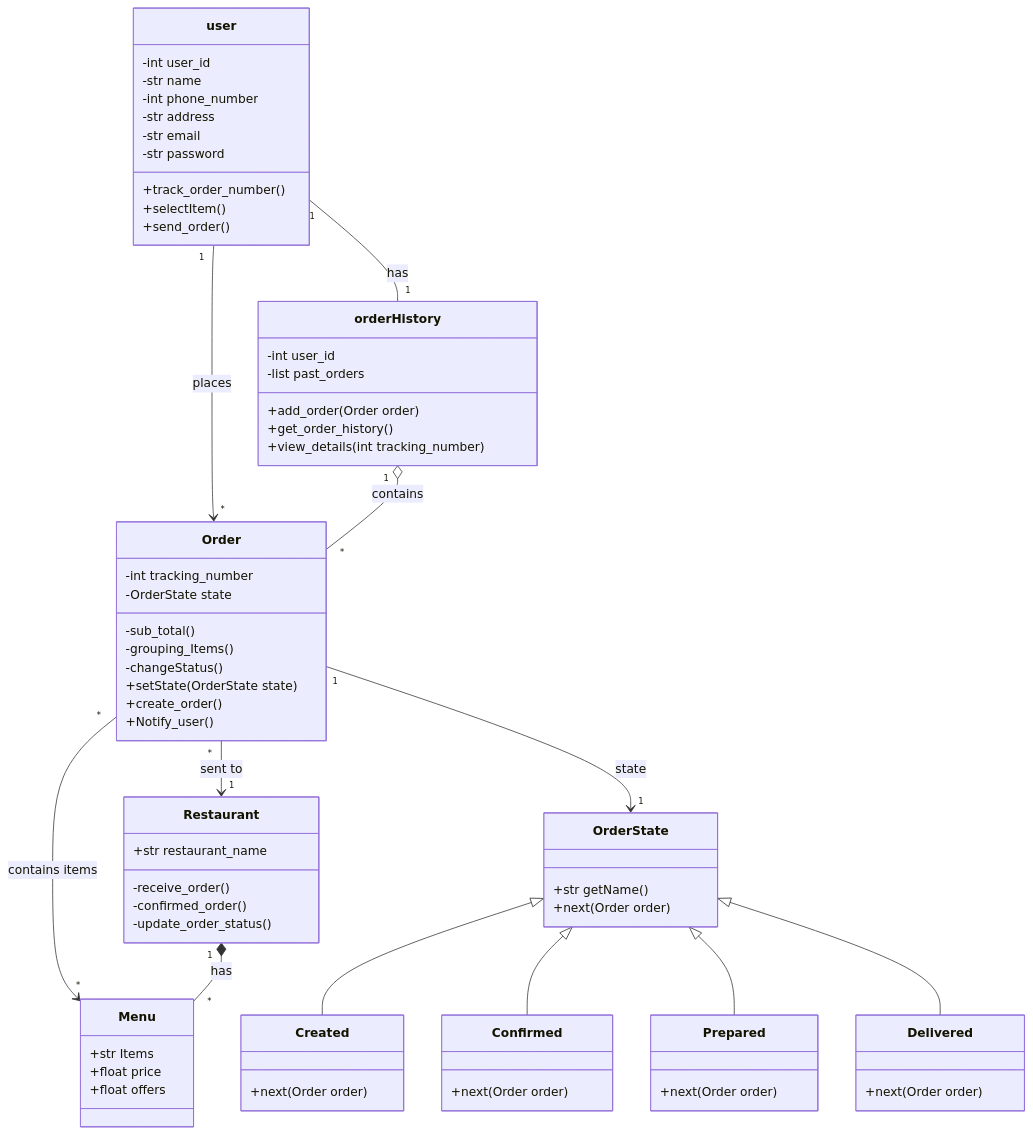
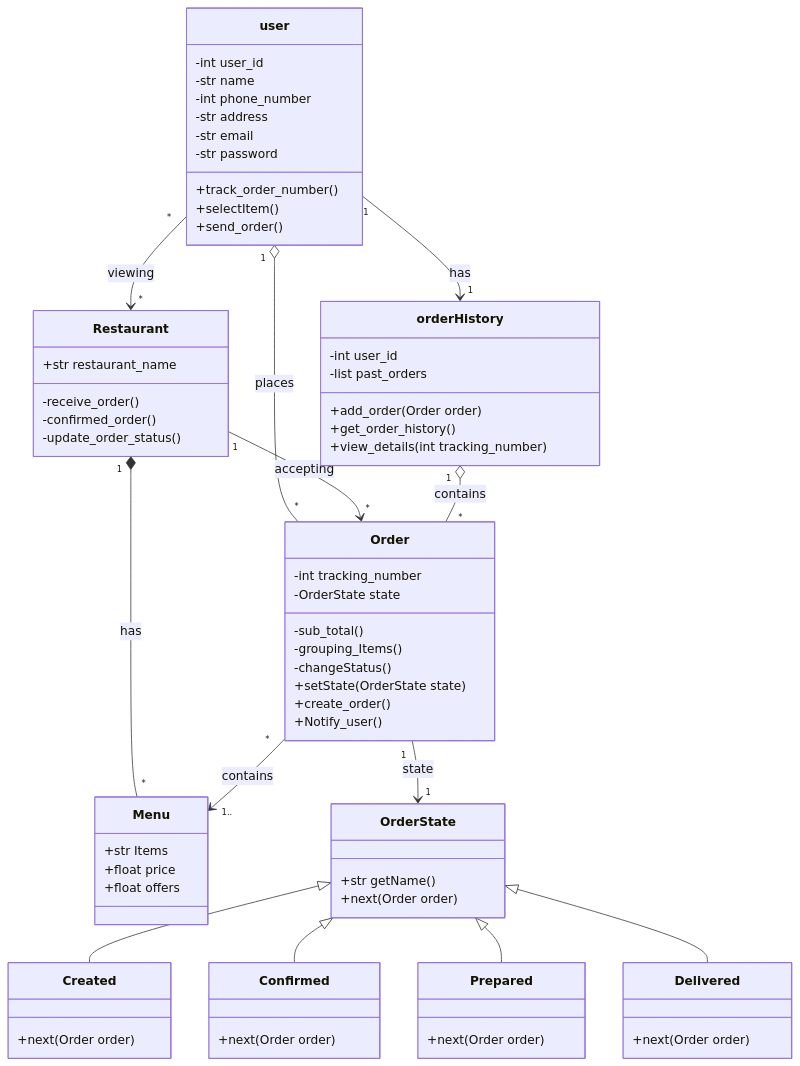
Before and after one commit to Tmadeer/Architecture_Plan_For_FoodDeliveryPlatform: the diagram in taktakah/newclassdiagram.mmd, drawn with Mermaid. The commit also changed other lines of this file, not shown here.

Commit message:
trying out

```diff
--- a/taktakah/newclassdiagram.mmd
+++ b/taktakah/newclassdiagram.mmd
@@ -1,79 +1,80 @@
 classDiagram
 direction TB
 
     class user {
         -int user_id
         -str name
         -int phone_number
         -str address
         -str email
         -str password
         +track_order_number()
         +selectItem()
         +send_order()
     }
 
     class Menu {
         +str Items
         +float price
         +float offers
     }
 
     class Restaurant {
         +str restaurant_name
         -receive_order()
         -confirmed_order()
         -update_order_status()
     }
 
     class Order {
         -int tracking_number
         -OrderState state
         -sub_total()
         -grouping_Items()
         -changeStatus()
         +setState(OrderState state)
         +create_order()
         +Notify_user()
     }
 
     class orderHistory {
         -int user_id
         -list past_orders
         +add_order(Order order)
         +get_order_history()
         +view_details(int tracking_number)
     }
 
     class OrderState {
         +str getName() 
         +next(Order order)
     }
 
     class Created {
         +next(Order order)
     }
 
     class Confirmed {
         +next(Order order)
     }
 
     class Prepared {
         +next(Order order)
     }
 
     class Delivered {
         +next(Order order)
     }
 
-    user "1" --> "*" Order : places
-    user "1" -- "1" orderHistory : has
-    orderHistory "1" o-- "*" Order : contains
-    Order "*" --> "1" Restaurant : sent to
-    Order "*" --> "*" Menu : contains items
-    Restaurant "1" *-- "*" Menu : has
+    user "1" o-- "*" Order : places
+Restaurant "1" --> "*" Order : accepting
+Restaurant "1" * -- "*" Menu : has
+user "*" --> "*" Restaurant : viewing
+Order "*" --> "1.." Menu : contains
+user "1" --> "1" orderHistory : has
+orderHistory "1" o-- "*" Order : contains
     Order "1" --> "1" OrderState : state
     OrderState <|-- Created
     OrderState <|-- Confirmed
     OrderState <|-- Prepared
     OrderState <|-- Delivered
```
